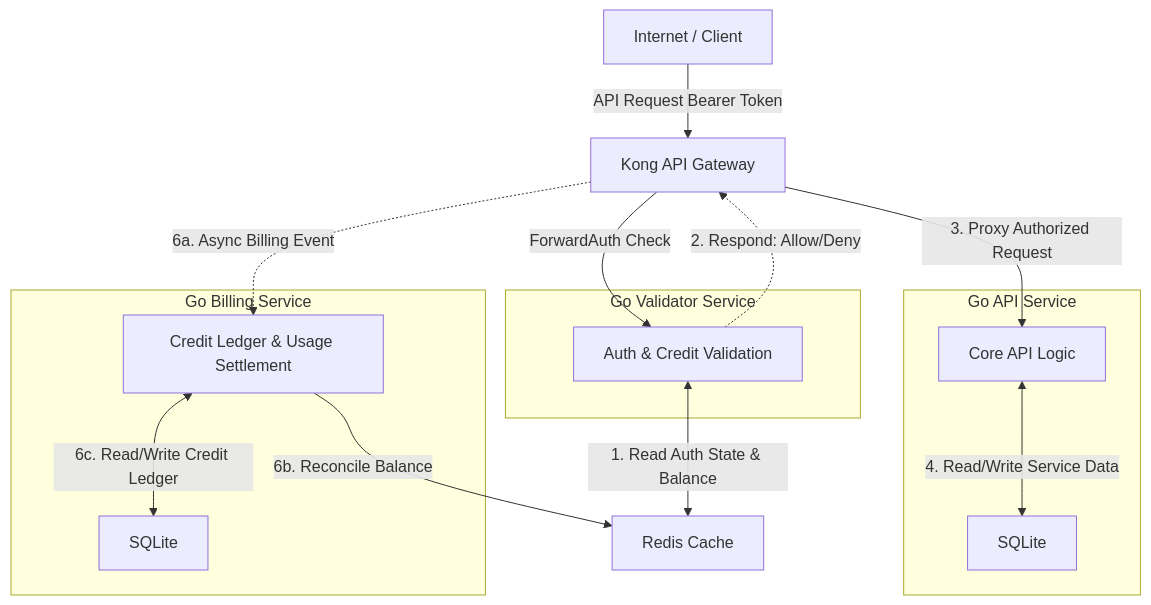
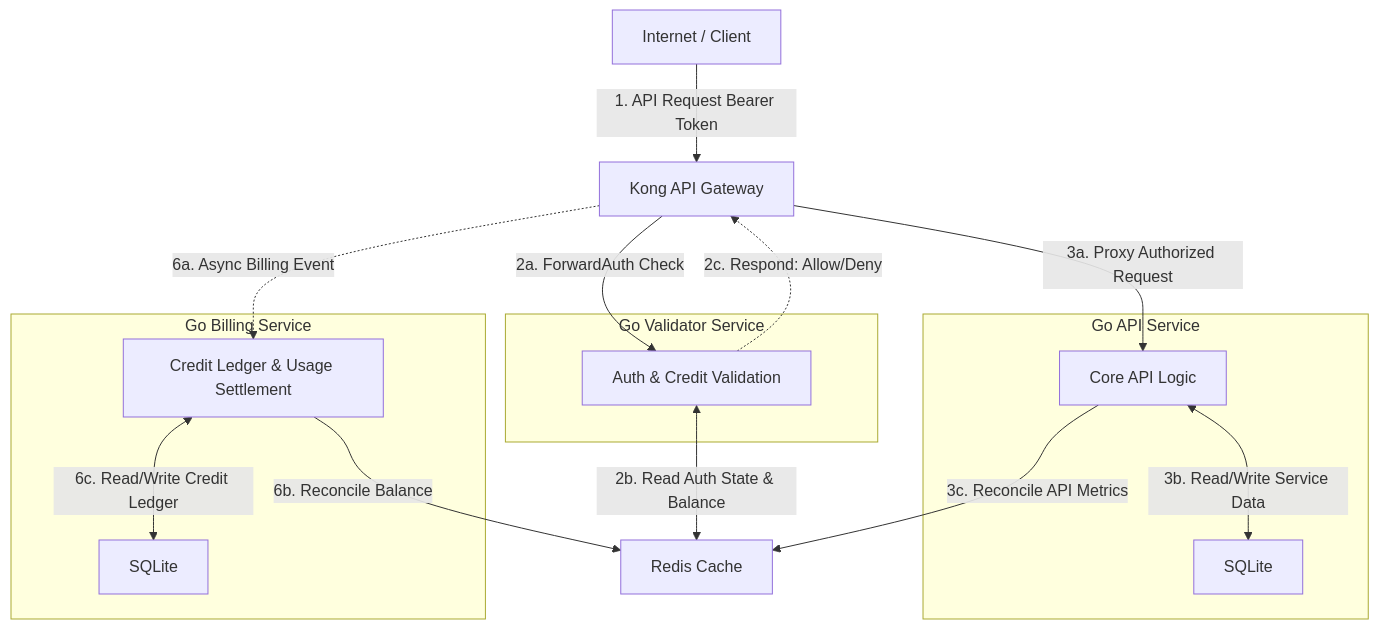
One commit to m-spangenberg/demo-monetized-api changed the second of 2 diagrams in README.md. Above: the diagram before and after it, drawn with Mermaid.

Commit message:
chore: update graphs

````diff
--- a/README.md
+++ b/README.md
@@ -58,32 +58,33 @@
 ```mermaid
 graph TD
     User[Internet / Client]
     Kong[Kong API Gateway]
     Redis[Redis Cache]
     
     subgraph "Go API Service"
         APILogic[Core API Logic]
         APIDB[SQLite]
     end
 
     subgraph "Go Validator Service"
         AuthLogic[Auth & Credit Validation]
     end
 
     subgraph "Go Billing Service"
         BillingLogic[Credit Ledger & Usage Settlement]
         BillingDB[SQLite]
     end
 
-    User -->|API Request Bearer Token | Kong
-    Kong -->|ForwardAuth Check| AuthLogic
-    AuthLogic <-->|1. Read Auth State & Balance| Redis
-    AuthLogic -.->|2. Respond: Allow/Deny| Kong
+    User -->|1. API Request Bearer Token | Kong
+    Kong -->|2a. ForwardAuth Check| AuthLogic
+    AuthLogic <-->|2b. Read Auth State & Balance| Redis
+    AuthLogic -.->|2c. Respond: Allow/Deny| Kong
 
-    Kong -->|3. Proxy Authorized Request| APILogic
-    APILogic <-->|4. Read/Write Service Data| APIDB
+    Kong -->|3a. Proxy Authorized Request| APILogic
+    APILogic <-->|3b. Read/Write Service Data| APIDB
+    APILogic -->|3c. Reconcile API Metrics| Redis
 
     Kong -.->|6a. Async Billing Event| BillingLogic
     BillingLogic -->|6b. Reconcile Balance| Redis
     BillingLogic <-->|6c. Read/Write Credit Ledger| BillingDB
 ```
````
